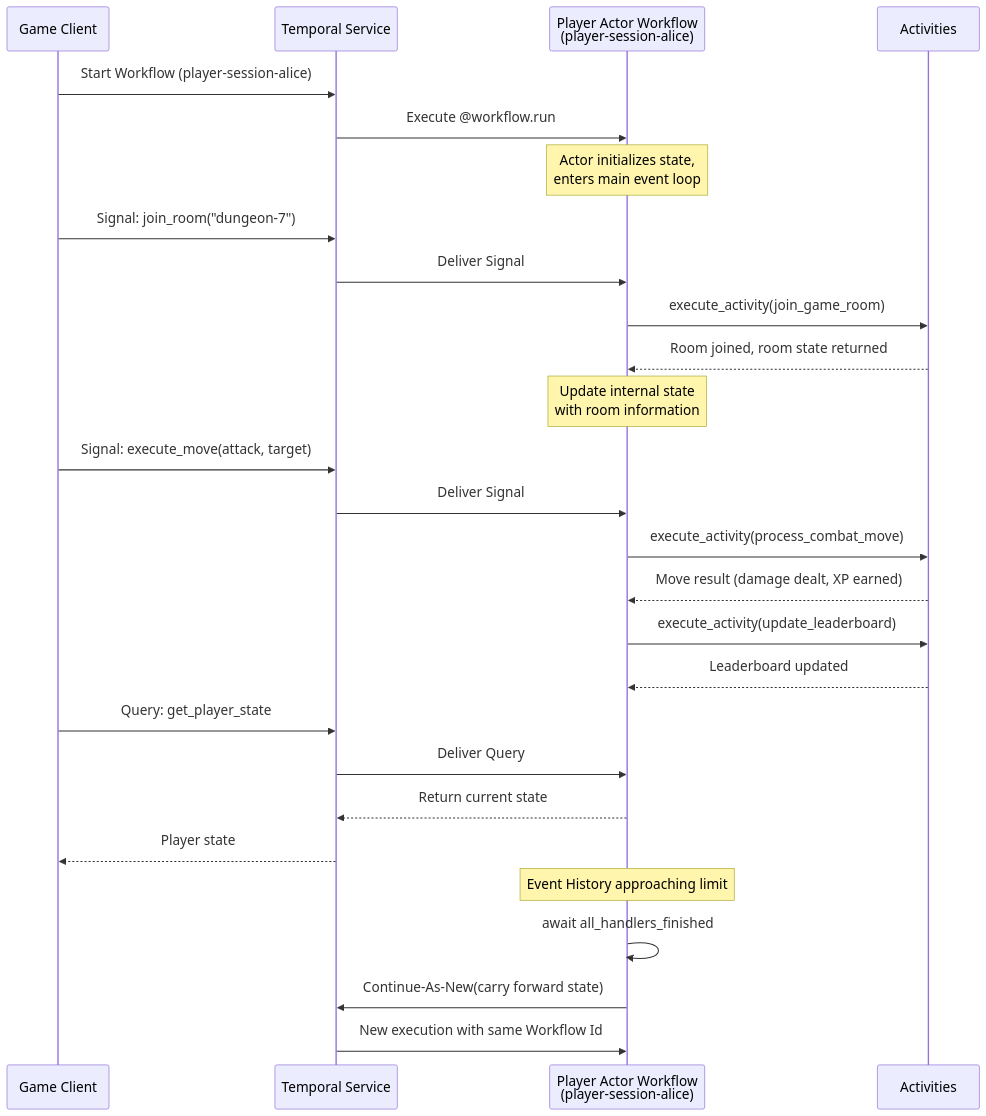
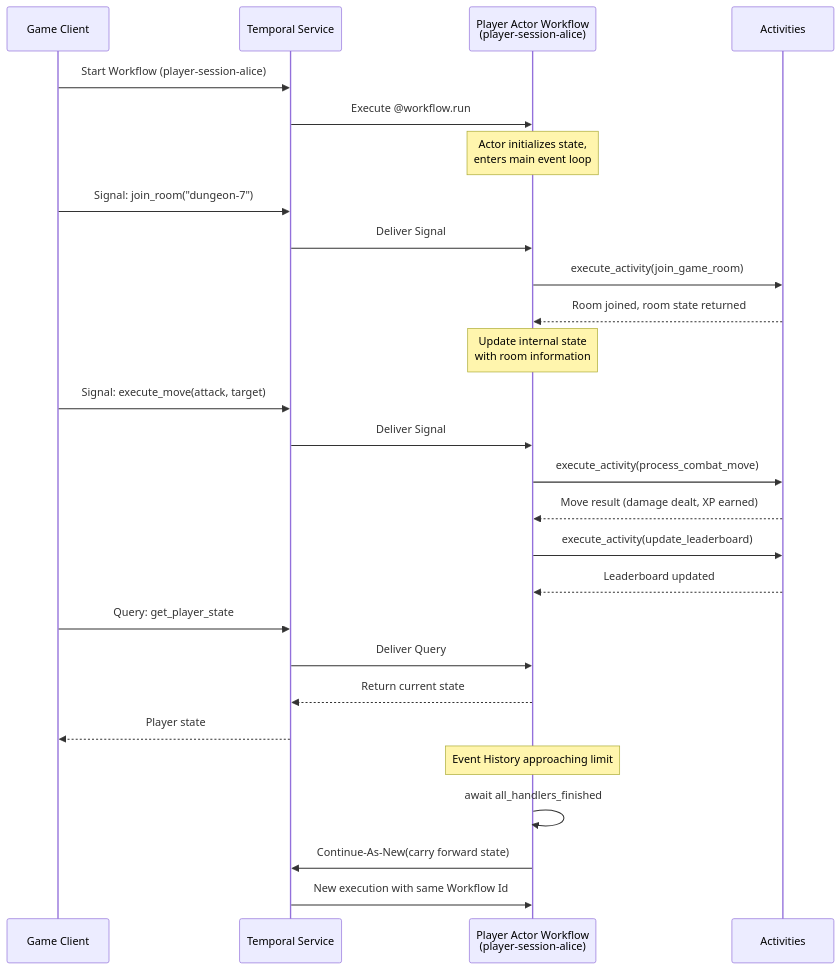
One commit to temporalio/documentation changed the diagram in docs/guides/durable-gaming-sessions.mdx. Above: the diagram before and after it, drawn with Mermaid. The commit also changed 15 other files, not shown here.

First line of the commit message:
Refactor Mermaid diagrams for improved clarity and consistency across documentation

````diff
--- a/docs/guides/durable-gaming-sessions.mdx
+++ b/docs/guides/durable-gaming-sessions.mdx
@@ -179,40 +179,35 @@
 ```mermaid
----
-config:
-  theme: default
-  fontSize: 20px
----
 sequenceDiagram
     participant Client as Game Client
     participant TS as Temporal Service
     participant PW as Player Actor Workflow<br/>(player-session-alice)
     participant A as Activities
 
     Client->>TS: Start Workflow (player-session-alice)
     TS->>PW: Execute @workflow.run
 
     Note over PW: Actor initializes state,<br/>enters main event loop
 
     Client->>TS: Signal: join_room("dungeon-7")
     TS->>PW: Deliver Signal
     PW->>A: execute_activity(join_game_room)
     A-->>PW: Room joined, room state returned
     Note over PW: Update internal state<br/>with room information
 
     Client->>TS: Signal: execute_move(attack, target)
     TS->>PW: Deliver Signal
     PW->>A: execute_activity(process_combat_move)
     A-->>PW: Move result (damage dealt, XP earned)
     PW->>A: execute_activity(update_leaderboard)
     A-->>PW: Leaderboard updated
 
     Client->>TS: Query: get_player_state
     TS->>PW: Deliver Query
     PW-->>TS: Return current state
     TS-->>Client: Player state
 
     Note over PW: Event History approaching limit
     PW->>PW: await all_handlers_finished
     PW->>TS: Continue-As-New(carry forward state)
     TS->>PW: New execution with same Workflow Id
 ```
````
